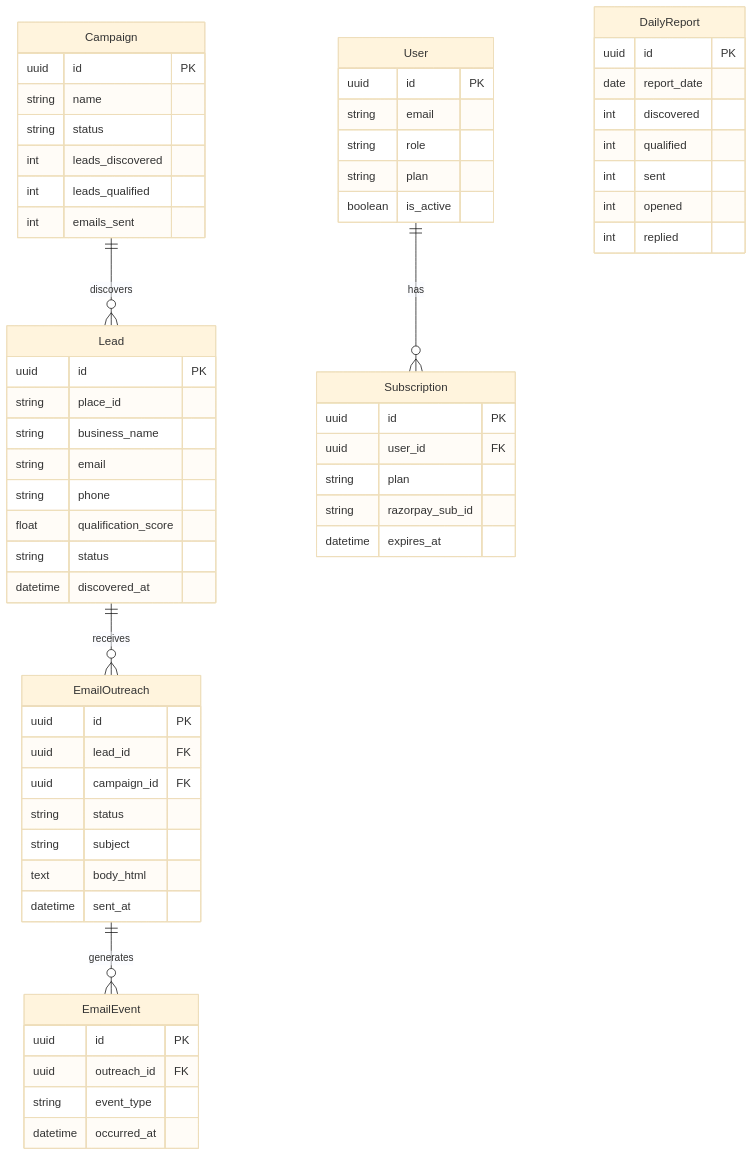
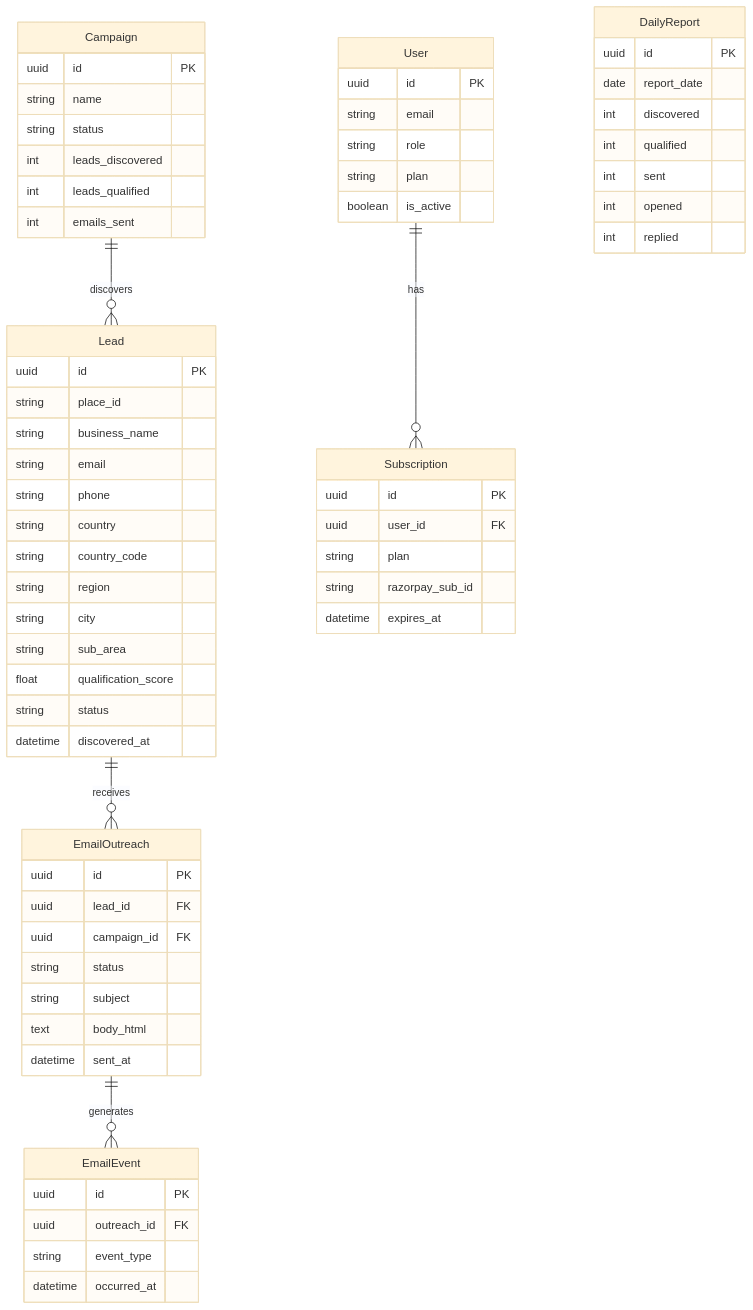
Before and after one commit to colddsam/coldscout: the third of 4 diagrams in README.md, drawn with Mermaid (base theme). The commit also changed other lines of this file and 19 other files, not shown here.

````diff
--- a/README.md
+++ b/README.md
@@ -270,64 +270,69 @@
 ```mermaid
 erDiagram
     User {
         uuid id PK
         string email
         string role
         string plan
         boolean is_active
     }
     Lead {
         uuid id PK
         string place_id
         string business_name
         string email
         string phone
+        string country
+        string country_code
+        string region
+        string city
+        string sub_area
         float qualification_score
         string status
         datetime discovered_at
     }
     Campaign {
         uuid id PK
         string name
         string status
         int leads_discovered
         int leads_qualified
         int emails_sent
     }
     EmailOutreach {
         uuid id PK
         uuid lead_id FK
         uuid campaign_id FK
         string status
         string subject
         text body_html
         datetime sent_at
     }
     EmailEvent {
         uuid id PK
         uuid outreach_id FK
         string event_type
         datetime occurred_at
     }
     Subscription {
         uuid id PK
         uuid user_id FK
         string plan
         string razorpay_sub_id
         datetime expires_at
     }
     DailyReport {
         uuid id PK
         date report_date
         int discovered
         int qualified
         int sent
         int opened
         int replied
     }
 
     User ||--o{ Subscription : "has"
     Campaign ||--o{ Lead : "discovers"
     Lead ||--o{ EmailOutreach : "receives"
     EmailOutreach ||--o{ EmailEvent : "generates"
 ```
````
